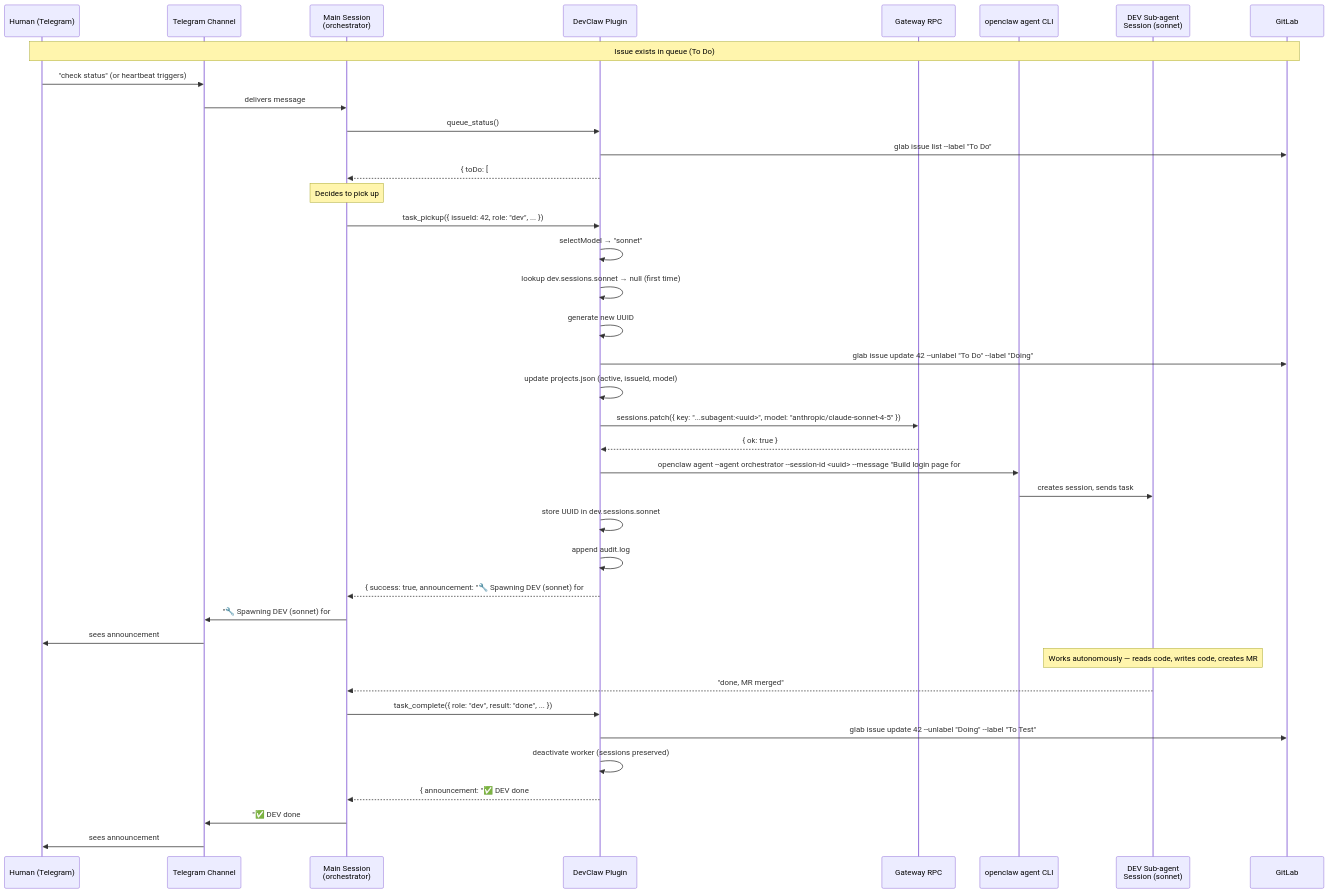
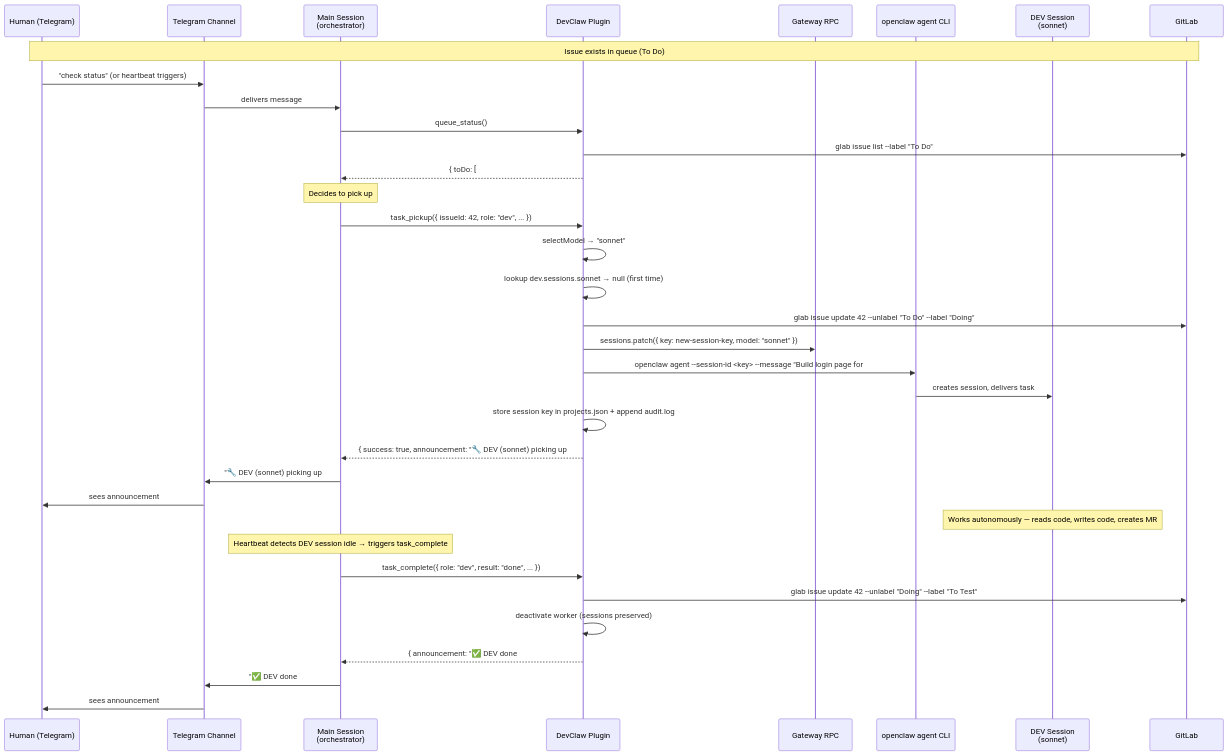
The second of 10 diagrams in docs/ARCHITECTURE.md (StrongheartedX/devclaw), drawn with Mermaid before and after one commit. The commit also changed other lines of this file and 2 other files, not shown here.

Commit message:
Refine session management terminology and clarify plugin-controlled lifecycle in documentation

````diff
--- a/docs/ARCHITECTURE.md
+++ b/docs/ARCHITECTURE.md
@@ -130,49 +145,45 @@
 ```mermaid
 sequenceDiagram
     participant H as Human (Telegram)
     participant TG as Telegram Channel
     participant MS as Main Session<br/>(orchestrator)
     participant DC as DevClaw Plugin
     participant GW as Gateway RPC
     participant CLI as openclaw agent CLI
-    participant DEV as DEV Sub-agent<br/>Session (sonnet)
+    participant DEV as DEV Session<br/>(sonnet)
     participant GL as GitLab
 
     Note over H,GL: Issue exists in queue (To Do)
 
     H->>TG: "check status" (or heartbeat triggers)
     TG->>MS: delivers message
     MS->>DC: queue_status()
     DC->>GL: glab issue list --label "To Do"
     DC-->>MS: { toDo: [#42], dev: idle }
 
     Note over MS: Decides to pick up #42 for DEV
 
     MS->>DC: task_pickup({ issueId: 42, role: "dev", ... })
     DC->>DC: selectModel → "sonnet"
     DC->>DC: lookup dev.sessions.sonnet → null (first time)
-    DC->>DC: generate new UUID
     DC->>GL: glab issue update 42 --unlabel "To Do" --label "Doing"
-    DC->>DC: update projects.json (active, issueId, model)
-    DC->>GW: sessions.patch({ key: "...subagent:<uuid>", model: "anthropic/claude-sonnet-4-5" })
-    GW-->>DC: { ok: true }
-    DC->>CLI: openclaw agent --agent orchestrator --session-id <uuid> --message "Build login page for #42..."
-    CLI->>DEV: creates session, sends task
-    DC->>DC: store UUID in dev.sessions.sonnet
-    DC->>DC: append audit.log
-    DC-->>MS: { success: true, announcement: "🔧 Spawning DEV (sonnet) for #42" }
+    DC->>GW: sessions.patch({ key: new-session-key, model: "sonnet" })
+    DC->>CLI: openclaw agent --session-id <key> --message "Build login page for #42..."
+    CLI->>DEV: creates session, delivers task
+    DC->>DC: store session key in projects.json + append audit.log
+    DC-->>MS: { success: true, announcement: "🔧 DEV (sonnet) picking up #42" }
 
-    MS->>TG: "🔧 Spawning DEV (sonnet) for #42: Add login page"
+    MS->>TG: "🔧 DEV (sonnet) picking up #42: Add login page"
     TG->>H: sees announcement
 
     Note over DEV: Works autonomously — reads code, writes code, creates MR
+    Note over MS: Heartbeat detects DEV session idle → triggers task_complete
 
-    DEV-->>MS: "done, MR merged"
     MS->>DC: task_complete({ role: "dev", result: "done", ... })
     DC->>GL: glab issue update 42 --unlabel "Doing" --label "To Test"
     DC->>DC: deactivate worker (sessions preserved)
     DC-->>MS: { announcement: "✅ DEV done #42" }
 
     MS->>TG: "✅ DEV done #42 — moved to QA queue"
     TG->>H: sees announcement
 ```
````
